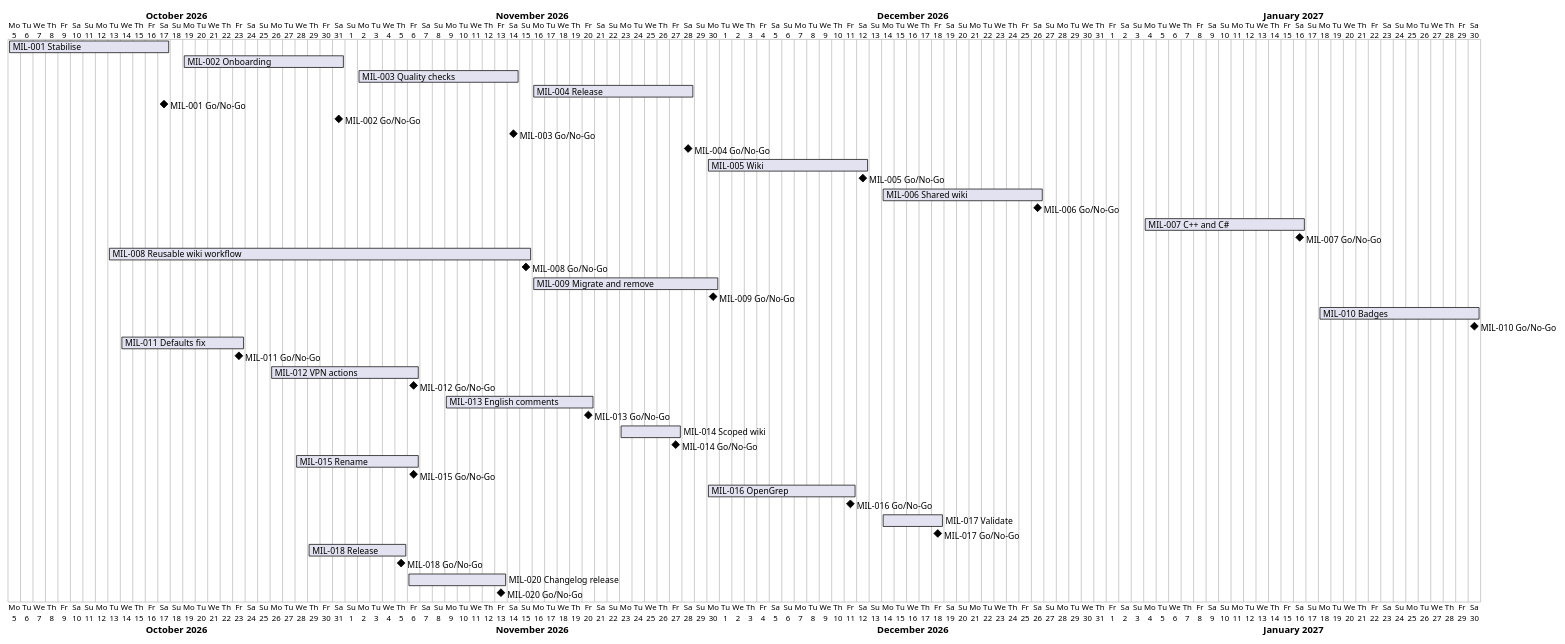
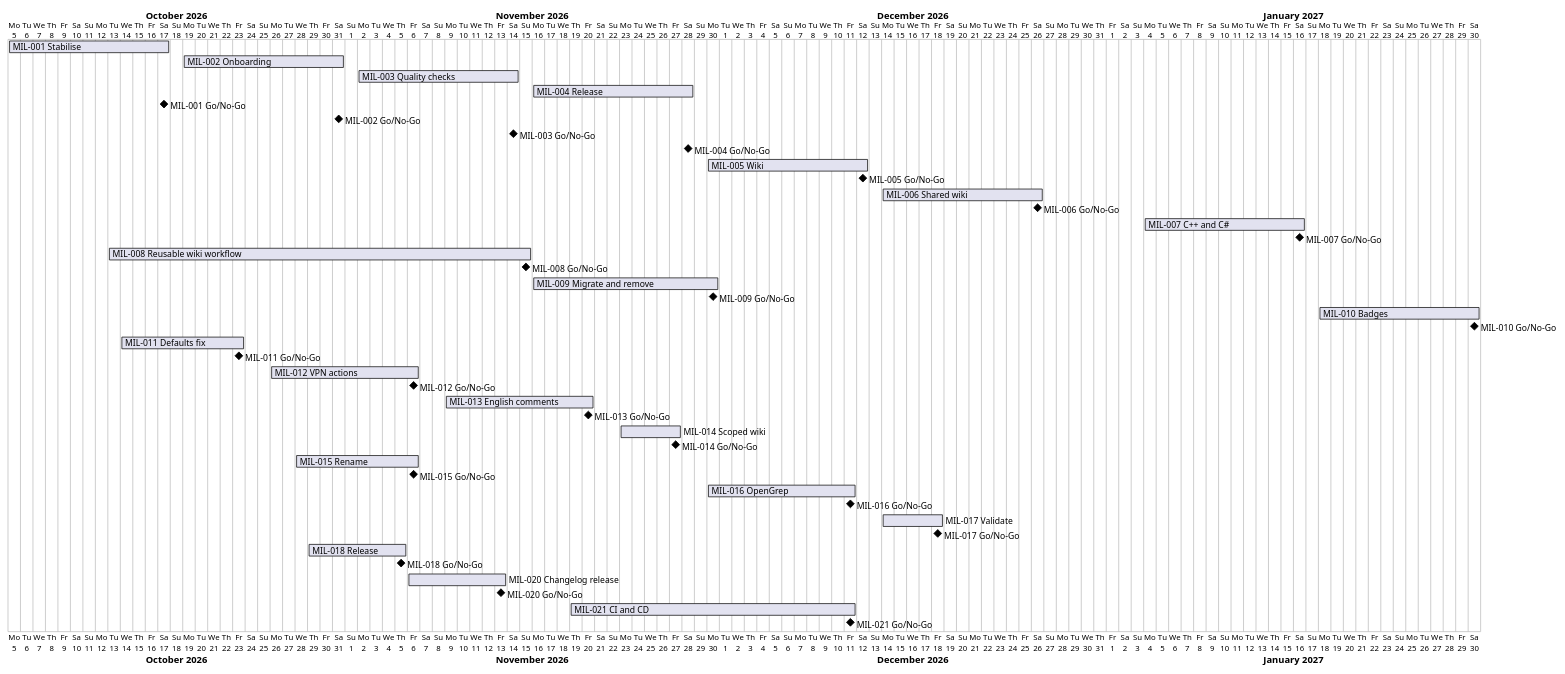
One commit to TirSystem/git-workflows changed the diagram in docs/project-plan.md. Above: the diagram before and after it, drawn with PlantUML. The commit also changed other lines of this file and 4 other files, not shown here.

````diff
--- a/docs/project-plan.md
+++ b/docs/project-plan.md
@@ -63,43 +65,45 @@
 ```plantuml
 @startgantt
 Project starts 2026-10-05
 [MIL-001 Stabilise] starts 2026-10-05 and ends 2026-10-17
 [MIL-002 Onboarding] starts 2026-10-19 and ends 2026-10-31
 [MIL-003 Quality checks] starts 2026-11-02 and ends 2026-11-14
 [MIL-004 Release] starts 2026-11-16 and ends 2026-11-28
 [MIL-001 Go/No-Go] happens 2026-10-17
 [MIL-002 Go/No-Go] happens 2026-10-31
 [MIL-003 Go/No-Go] happens 2026-11-14
 [MIL-004 Go/No-Go] happens 2026-11-28
 [MIL-005 Wiki] starts 2026-11-30 and ends 2026-12-12
 [MIL-005 Go/No-Go] happens 2026-12-12
 [MIL-006 Shared wiki] starts 2026-12-14 and ends 2026-12-26
 [MIL-006 Go/No-Go] happens 2026-12-26
 [MIL-007 C++ and C#] starts 2027-01-04 and ends 2027-01-16
 [MIL-007 Go/No-Go] happens 2027-01-16
 [MIL-008 Reusable wiki workflow] starts 2026-10-13 and ends 2026-11-15
 [MIL-008 Go/No-Go] happens 2026-11-15
 [MIL-009 Migrate and remove] starts 2026-11-16 and ends 2026-11-30
 [MIL-009 Go/No-Go] happens 2026-11-30
 [MIL-010 Badges] starts 2027-01-18 and ends 2027-01-30
 [MIL-010 Go/No-Go] happens 2027-01-30
 [MIL-011 Defaults fix] starts 2026-10-14 and ends 2026-10-23
 [MIL-011 Go/No-Go] happens 2026-10-23
 [MIL-012 VPN actions] starts 2026-10-26 and ends 2026-11-06
 [MIL-012 Go/No-Go] happens 2026-11-06
 [MIL-013 English comments] starts 2026-11-09 and ends 2026-11-20
 [MIL-013 Go/No-Go] happens 2026-11-20
 [MIL-014 Scoped wiki] starts 2026-11-23 and ends 2026-11-27
 [MIL-014 Go/No-Go] happens 2026-11-27
 [MIL-015 Rename] starts 2026-10-28 and ends 2026-11-06
 [MIL-015 Go/No-Go] happens 2026-11-06
 [MIL-016 OpenGrep] starts 2026-11-30 and ends 2026-12-11
 [MIL-016 Go/No-Go] happens 2026-12-11
 [MIL-017 Validate] starts 2026-12-14 and ends 2026-12-18
 [MIL-017 Go/No-Go] happens 2026-12-18
 [MIL-018 Release] starts 2026-10-29 and ends 2026-11-05
 [MIL-018 Go/No-Go] happens 2026-11-05
 [MIL-020 Changelog release] starts 2026-11-06 and ends 2026-11-13
 [MIL-020 Go/No-Go] happens 2026-11-13
+[MIL-021 CI and CD] starts 2026-11-19 and ends 2026-12-11
+[MIL-021 Go/No-Go] happens 2026-12-11
 @endgantt
 ```
````
